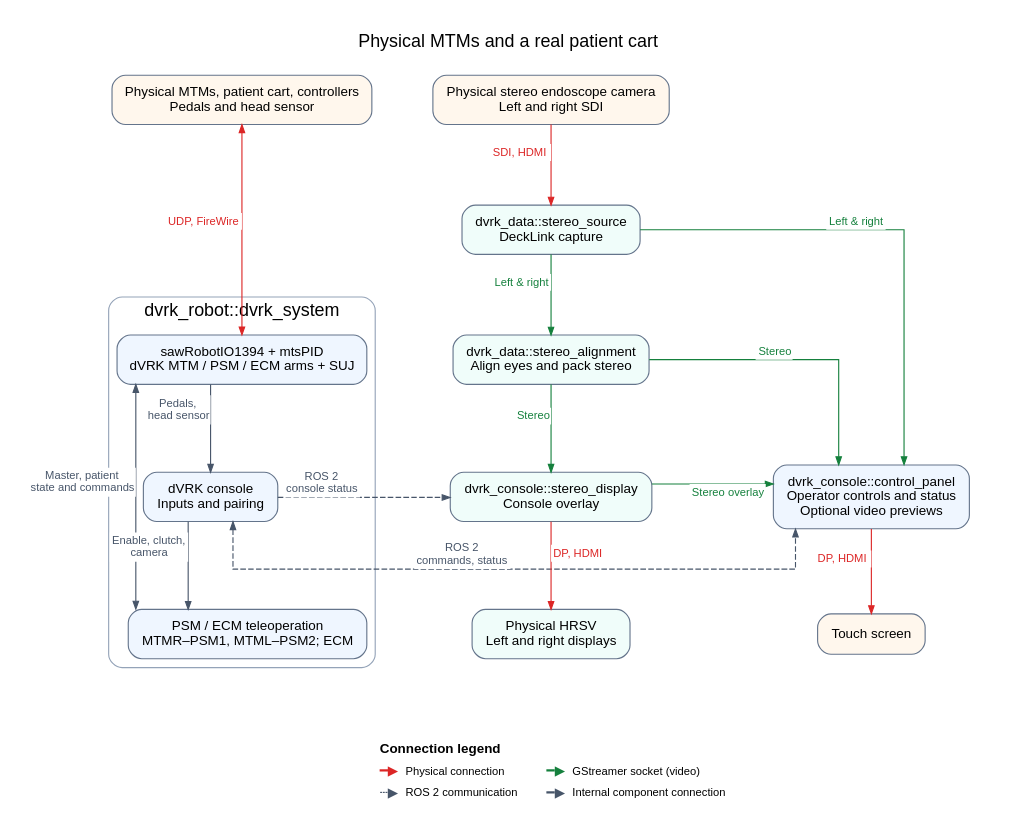
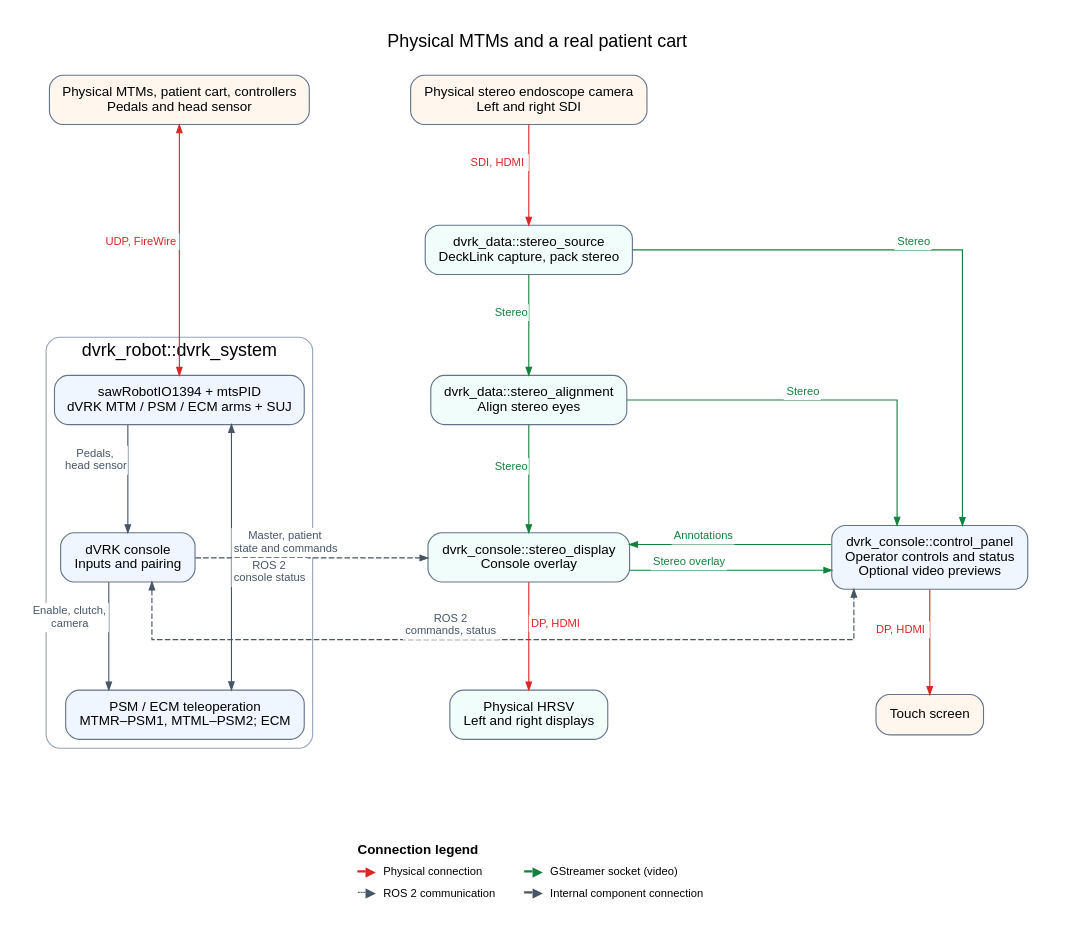
Before and after one commit to jhu-dvrk/dvrk-readthedocs: the diagram in docs/images/usage/mtms-real-patient-cart.dot, drawn with Graphviz. The commit also changed 10 other files, not shown here.

Commit message:
Enhance documentation and code for stereo video handling and annotations

```diff
--- a/docs/images/usage/mtms-real-patient-cart.dot
+++ b/docs/images/usage/mtms-real-patient-cart.dot
@@ -1,70 +1,71 @@
 digraph mtms_real {
-  graph [rankdir=TB, splines=ortho, newrank=true, bgcolor="white", pad=0.25, nodesep=0.75, ranksep=1.0,
+  graph [rankdir=TB, splines=ortho, newrank=true, bgcolor="white", pad=0.25, nodesep=1.25, ranksep=1.25,
          fontname="Arial,Helvetica,sans-serif", fontsize=16, label="Physical MTMs and a real patient cart", labelloc=t];
   node [shape=box, style="rounded,filled", fillcolor="#eff6ff", color="#64748b",
         fontname="Arial,Helvetica,sans-serif", fontsize=12, margin="0.16,0.12"];
   edge [style=solid, color="#475569", fontcolor="#475569", fontname="Arial,Helvetica,sans-serif", fontsize=10, arrowsize=0.7];
 
   // Keep the three columns ordered; cross-column links never set ranks.
   subgraph cluster_control {
     label=""; style=invis;
     hardware [label="Physical MTMs, patient cart, controllers\nPedals and head sensor", fillcolor="#fff7ed", group="control"];
     subgraph cluster_system {
       label="dvrk_robot::dvrk_system"; color="#94a3b8"; style=rounded;
       arms [label="sawRobotIO1394 + mtsPID\ndVRK MTM / PSM / ECM arms + SUJ", group="control"];
       console [label="dVRK console\nInputs and pairing", group="control"];
       teleop [label="PSM / ECM teleoperation\nMTMR–PSM1, MTML–PSM2; ECM", group="control"];
       arms -> console [xlabel=<<TABLE BORDER="0" CELLBORDER="0" CELLSPACING="0" CELLPADDING="2" BGCOLOR="white"><TR><TD>Pedals,<BR/>head sensor</TD></TR></TABLE>>];
       arms -> teleop [dir=both, xlabel=<<TABLE BORDER="0" CELLBORDER="0" CELLSPACING="0" CELLPADDING="2" BGCOLOR="white"><TR><TD>Master, patient<BR/>state and commands</TD></TR></TABLE>>];
       console -> teleop [xlabel=<<TABLE BORDER="0" CELLBORDER="0" CELLSPACING="0" CELLPADDING="2" BGCOLOR="white"><TR><TD>Enable, clutch,<BR/>camera</TD></TR></TABLE>>];
     }
   }
   subgraph cluster_video {
     label=""; style=invis;
     camera [label="Physical stereo endoscope camera\nLeft and right SDI", fillcolor="#fff7ed", group="video"];
-    source [label="dvrk_data::stereo_source\nDeckLink capture", fillcolor="#f0fdfa", group="video"];
-    alignment [label="dvrk_data::stereo_alignment\nAlign eyes and pack stereo", fillcolor="#f0fdfa", group="video"];
+    source [label="dvrk_data::stereo_source\nDeckLink capture, pack stereo", fillcolor="#f0fdfa", group="video"];
+    alignment [label="dvrk_data::stereo_alignment\nAlign stereo eyes", fillcolor="#f0fdfa", group="video"];
     display [label="dvrk_console::stereo_display\nConsole overlay", fillcolor="#f0fdfa", group="video"];
     viewer [label="Physical HRSV\nLeft and right displays", fillcolor="#f0fdfa", group="video"];
   }
   subgraph cluster_panel {
     label=""; style=invis;
     control_panel [label="dvrk_console::control_panel\nOperator controls and status\nOptional video previews", group="panel"];
     touchscreen [label="Touch screen", fillcolor="#fff7ed", group="panel"];
   }
 
   hardware -> arms [dir=both, xlabel=<<TABLE BORDER="0" CELLBORDER="0" CELLSPACING="0" CELLPADDING="2" BGCOLOR="white"><TR><TD>UDP, FireWire</TD></TR></TABLE>>, color="#dc2626", fontcolor="#dc2626", minlen=2];
   camera -> source [xlabel=<<TABLE BORDER="0" CELLBORDER="0" CELLSPACING="0" CELLPADDING="2" BGCOLOR="white"><TR><TD>SDI, HDMI</TD></TR></TABLE>>, color="#dc2626", fontcolor="#dc2626"];
-  source -> alignment [xlabel=<<TABLE BORDER="0" CELLBORDER="0" CELLSPACING="0" CELLPADDING="2" BGCOLOR="white"><TR><TD>Left &amp; right</TD></TR></TABLE>>, color="#15803d", fontcolor="#15803d"];
+  source -> alignment [xlabel=<<TABLE BORDER="0" CELLBORDER="0" CELLSPACING="0" CELLPADDING="2" BGCOLOR="white"><TR><TD>Stereo</TD></TR></TABLE>>, color="#15803d", fontcolor="#15803d"];
   alignment -> display [xlabel=<<TABLE BORDER="0" CELLBORDER="0" CELLSPACING="0" CELLPADDING="2" BGCOLOR="white"><TR><TD>Stereo</TD></TR></TABLE>>, color="#15803d", fontcolor="#15803d"];
   console -> display [xlabel=<<TABLE BORDER="0" CELLBORDER="0" CELLSPACING="0" CELLPADDING="2" BGCOLOR="white"><TR><TD>ROS 2<BR/>console status</TD></TR></TABLE>>, style=dashed, constraint=false];
   display -> viewer [xlabel=<<TABLE BORDER="0" CELLBORDER="0" CELLSPACING="0" CELLPADDING="2" BGCOLOR="white"><TR><TD>DP, HDMI</TD></TR></TABLE>>, color="#dc2626", fontcolor="#dc2626"];
   console -> control_panel [dir=both, xlabel=<<TABLE BORDER="0" CELLBORDER="0" CELLSPACING="0" CELLPADDING="2" BGCOLOR="white"><TR><TD>ROS 2<BR/>commands, status</TD></TR></TABLE>>, style=dashed, constraint=false];
-  source -> control_panel [xlabel=<<TABLE BORDER="0" CELLBORDER="0" CELLSPACING="0" CELLPADDING="2" BGCOLOR="white"><TR><TD>Left &amp; right</TD></TR></TABLE>>, color="#15803d", fontcolor="#15803d", constraint=false];
+  source -> control_panel [xlabel=<<TABLE BORDER="0" CELLBORDER="0" CELLSPACING="0" CELLPADDING="2" BGCOLOR="white"><TR><TD>Stereo</TD></TR></TABLE>>, color="#15803d", fontcolor="#15803d", constraint=false];
   alignment -> control_panel [xlabel=<<TABLE BORDER="0" CELLBORDER="0" CELLSPACING="0" CELLPADDING="2" BGCOLOR="white"><TR><TD>Stereo</TD></TR></TABLE>>, color="#15803d", fontcolor="#15803d", constraint=false];
   display -> control_panel [xlabel=<<TABLE BORDER="0" CELLBORDER="0" CELLSPACING="0" CELLPADDING="2" BGCOLOR="white"><TR><TD>Stereo overlay</TD></TR></TABLE>>, color="#15803d", fontcolor="#15803d", constraint=false];
+  control_panel:w -> display:e [xlabel=<<TABLE BORDER="0" CELLBORDER="0" CELLSPACING="0" CELLPADDING="2" BGCOLOR="white"><TR><TD>Annotations</TD></TR></TABLE>>, color="#15803d", fontcolor="#15803d", constraint=false];
   control_panel -> touchscreen [xlabel=<<TABLE BORDER="0" CELLBORDER="0" CELLSPACING="0" CELLPADDING="2" BGCOLOR="white"><TR><TD>DP, HDMI</TD></TR></TABLE>>, color="#dc2626", fontcolor="#dc2626"];
 
 
   // Align the implicit columns at their bottom nodes.
   {rank=same; teleop; viewer; touchscreen;}
   column_order [shape=point, width=0, height=0, label="", style=invis, ordering=out];
   column_order -> teleop [style=invis];
   column_order -> viewer [style=invis];
   column_order -> touchscreen [style=invis];
 
   // Keep this legend consistent with readme-dot.md; include only types used above.
   subgraph legend_rank {
     rank=sink;
     legend [shape=plain, style="", margin=0, label=<
       <TABLE BORDER="0" CELLBORDER="0" CELLSPACING="0" CELLPADDING="3">
         <TR><TD COLSPAN="5" ALIGN="LEFT"><B>Connection legend</B></TD></TR>
         <TR><TD><FONT COLOR="#dc2626">━▶</FONT></TD><TD ALIGN="LEFT"><FONT POINT-SIZE="10">Physical connection</FONT></TD><TD WIDTH="20"></TD><TD><FONT COLOR="#15803d">━▶</FONT></TD><TD ALIGN="LEFT"><FONT POINT-SIZE="10">GStreamer socket (video)</FONT></TD></TR>
         <TR><TD><FONT COLOR="#475569">┄▶</FONT></TD><TD ALIGN="LEFT"><FONT POINT-SIZE="10">ROS 2 communication</FONT></TD><TD WIDTH="20"></TD><TD><FONT COLOR="#475569">━▶</FONT></TD><TD ALIGN="LEFT"><FONT POINT-SIZE="10">Internal component connection</FONT></TD></TR>
       </TABLE>
     >];
   }
   teleop -> legend [style=invis];
   viewer -> legend [style=invis];
   touchscreen -> legend [style=invis];
 }
```
